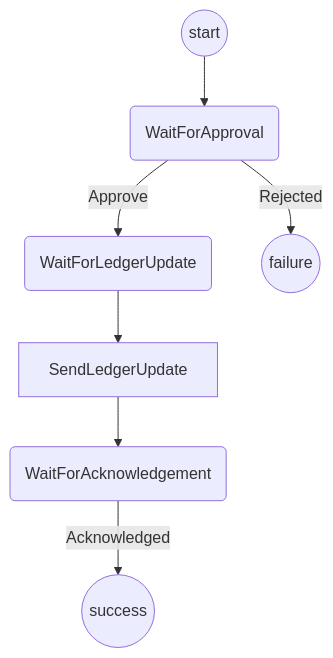
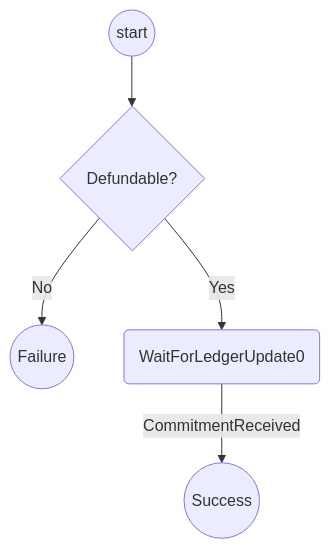
The second of 2 diagrams in packages/wallet/src/redux/protocols/indirect-defunding/readme.md (magmo/apps), drawn with Mermaid before and after one commit. The commit also changed other lines of this file, not shown here.

Commit message:
Ledger defunding state machine attempt

````diff
--- a/packages/wallet/src/redux/protocols/indirect-defunding/readme.md
+++ b/packages/wallet/src/redux/protocols/indirect-defunding/readme.md
@@ -27,9 +26,7 @@
 ```mermaid
 graph TD
-  St((start))-->WFAp(WaitForApproval)
-  WFAp-->|Approve|WFL(WaitForLedgerUpdate)
-  WFAp-->|Rejected|F((failure))
-  WFL-->SLU[SendLedgerUpdate]
-  SLU-->WFAc(WaitForAcknowledgement)
-  WFAc-->|Acknowledged|S((success))
+  St((start))-->DF{Defundable?}
+  DF --> |No| F((Failure))
+  DF --> |Yes| WFU(WaitForLedgerUpdate0)
+  WFU --> |CommitmentReceived| Su((Success))
 ```
````
